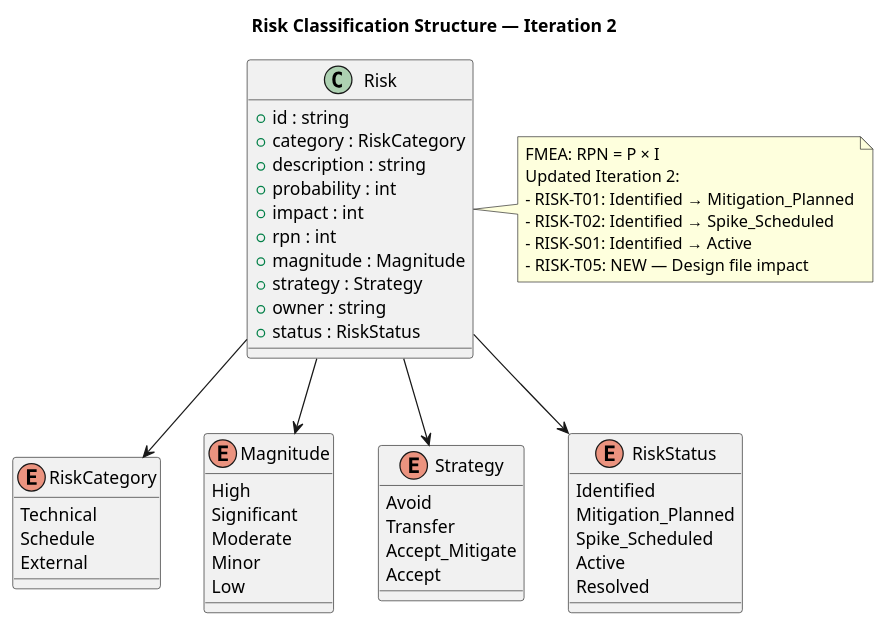
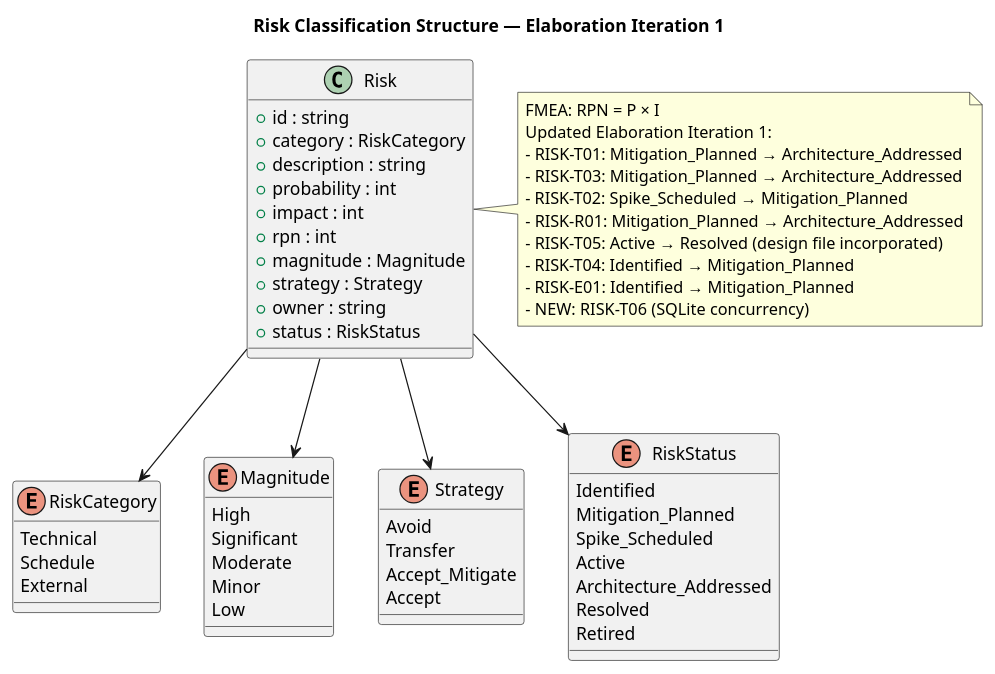
Before and after one commit to banense-test/demo-janke-lab: the first of 3 diagrams in docs/artifacts/project-management/risk-list.md, drawn with PlantUML. The commit also changed other lines of this file, not shown here.

First line of the commit message:
Project Manager [E1]: upsert Risk List

````diff
--- a/docs/artifacts/project-management/risk-list.md
+++ b/docs/artifacts/project-management/risk-list.md
@@ -40,61 +42,67 @@
 ```plantuml
 @startuml
-title Risk Classification Structure — Iteration 2
+title Risk Classification Structure — Elaboration Iteration 1
 
 class Risk {
   + id : string
   + category : RiskCategory
   + description : string
   + probability : int
   + impact : int
   + rpn : int
   + magnitude : Magnitude
   + strategy : Strategy
   + owner : string
   + status : RiskStatus
 }
 
 enum RiskCategory {
   Technical
   Schedule
   External
 }
 
 enum Magnitude {
   High
   Significant
   Moderate
   Minor
   Low
 }
 
 enum Strategy {
   Avoid
   Transfer
   Accept_Mitigate
   Accept
 }
 
 enum RiskStatus {
   Identified
   Mitigation_Planned
   Spike_Scheduled
   Active
+  Architecture_Addressed
   Resolved
+  Retired
 }
 
 Risk --> RiskCategory
 Risk --> Magnitude
 Risk --> Strategy
 Risk --> RiskStatus
 
 note right of Risk
   FMEA: RPN = P × I
-  Updated Iteration 2:
-  - RISK-T01: Identified → Mitigation_Planned
-  - RISK-T02: Identified → Spike_Scheduled
-  - RISK-S01: Identified → Active
-  - RISK-T05: NEW — Design file impact
+  Updated Elaboration Iteration 1:
+  - RISK-T01: Mitigation_Planned → Architecture_Addressed
+  - RISK-T03: Mitigation_Planned → Architecture_Addressed
+  - RISK-T02: Spike_Scheduled → Mitigation_Planned
+  - RISK-R01: Mitigation_Planned → Architecture_Addressed
+  - RISK-T05: Active → Resolved (design file incorporated)
+  - RISK-T04: Identified → Mitigation_Planned
+  - RISK-E01: Identified → Mitigation_Planned
+  - NEW: RISK-T06 (SQLite concurrency)
 end note
 @enduml
 ```
````
